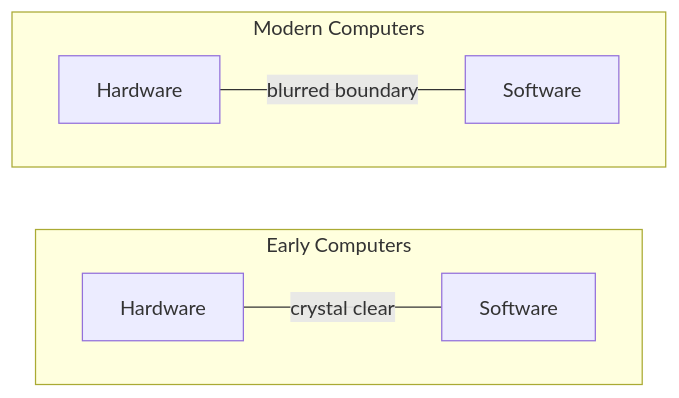
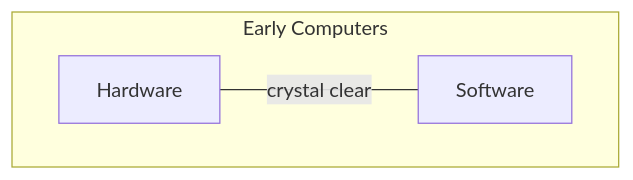
The first of 9 diagrams in classes/cs370/02_evolution.md (sininen-blue/2627), drawn with Mermaid before and after one commit. The commit also changed other lines of this file and 16 other files, not shown here.

````diff
--- a/classes/cs370/02_evolution.md
+++ b/classes/cs370/02_evolution.md
@@ -31,11 +30,7 @@
 ```mermaid
 flowchart LR
     subgraph Early["Early Computers"]
         direction LR
         HW1["Hardware"] ---|"crystal clear"| SW1["Software"]
     end
-    subgraph Modern["Modern Computers"]
-        direction LR
-        HW2["Hardware"] ---|"blurred boundary"| SW2["Software"]
-    end
 ```
````
